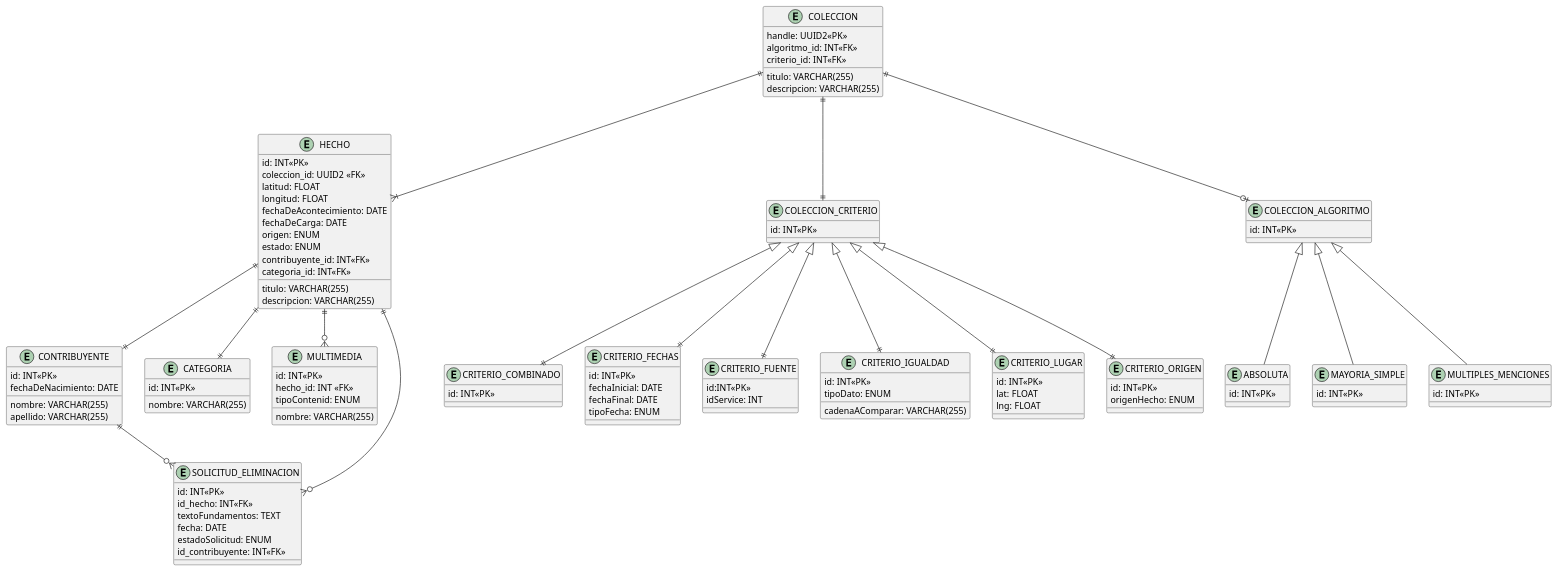
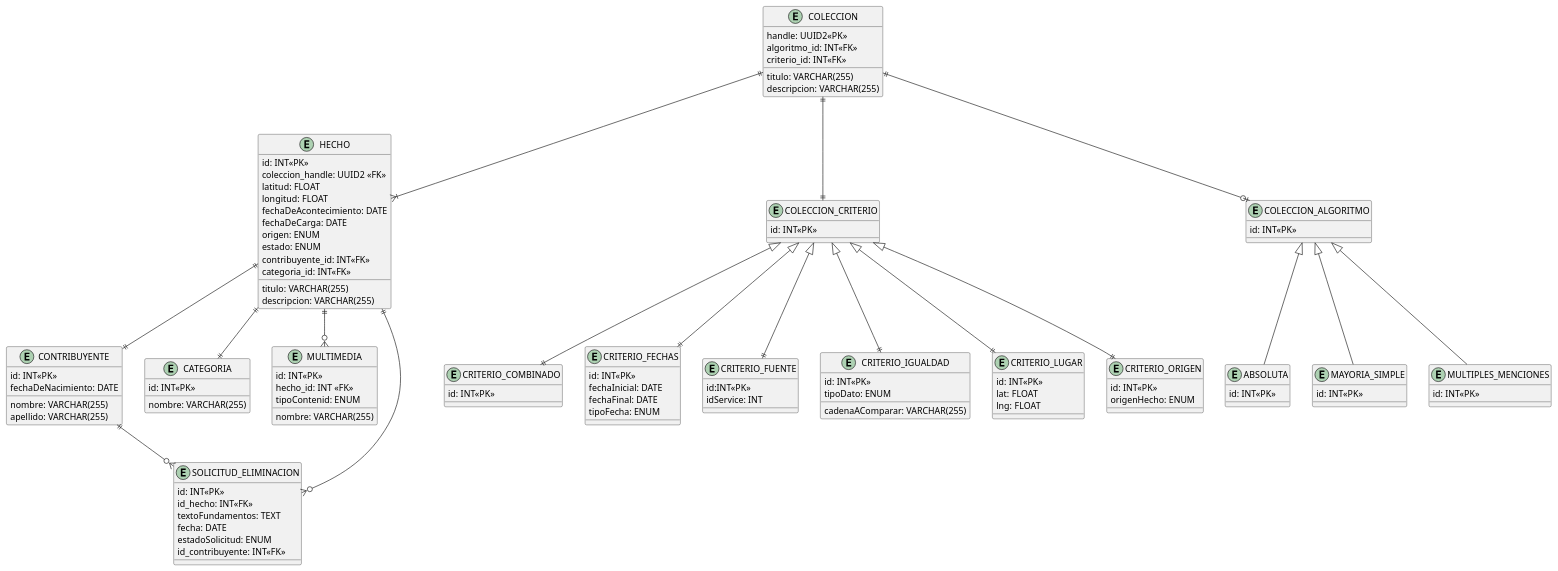
Before and after one commit to NicolasPazz/metamapa: the diagram in entregables/entrega-4/DER/der.puml, drawn with PlantUML. The commit also changed 116 other files, not shown here.

```diff
--- a/entregables/entrega-4/DER/der.puml
+++ b/entregables/entrega-4/DER/der.puml
@@ -1,127 +1,127 @@
 @startuml
 entity "HECHO" as h {
 id: INT<<PK>>
-coleccion_id: UUID2 <<FK>>
+coleccion_handle: UUID2 <<FK>>
 titulo: VARCHAR(255)
 descripcion: VARCHAR(255)
 latitud: FLOAT
 longitud: FLOAT
 fechaDeAcontecimiento: DATE
 fechaDeCarga: DATE
 origen: ENUM
 estado: ENUM
 contribuyente_id: INT<<FK>>
 categoria_id: INT<<FK>>
 
 }
 
 entity "CONTRIBUYENTE" as cont {
 id: INT<<PK>>
 nombre: VARCHAR(255)
 apellido: VARCHAR(255)
 fechaDeNacimiento: DATE
 }
 
 entity "CATEGORIA" as cat {
 id: INT<<PK>>
 nombre: VARCHAR(255)
 }
 
 entity "MULTIMEDIA" as multi {
 id: INT<<PK>>
 hecho_id: INT <<FK>>
 nombre: VARCHAR(255)
 tipoContenid: ENUM
 }
 
 entity "COLECCION" as col {
 handle: UUID2<<PK>>
 titulo: VARCHAR(255)
 descripcion: VARCHAR(255)
 algoritmo_id: INT<<FK>>
 criterio_id: INT<<FK>>
 }
 
 entity "COLECCION_CRITERIO" as crit {
 id: INT<<PK>>
 }
 
 entity "CRITERIO_COMBINADO" as comn {
 id: INT<<PK>>
 }
 
 entity "CRITERIO_FECHAS" as fech {
 id: INT<<PK>>
 fechaInicial: DATE
 fechaFinal: DATE
 tipoFecha: ENUM
 }
 
 
 entity "CRITERIO_FUENTE" as fuent {
 id:INT<<PK>>
 idService: INT
 }
 
 entity "CRITERIO_IGUALDAD" as igual {
 id: INT<<PK>>
 cadenaAComparar: VARCHAR(255)
 tipoDato: ENUM
 }
 
 entity "CRITERIO_LUGAR" as lug {
 id: INT<<PK>>
 lat: FLOAT
 lng: FLOAT
 }
 
 entity "CRITERIO_ORIGEN" as orig {
 id: INT<<PK>>
 origenHecho: ENUM
 }
 
 entity "COLECCION_ALGORITMO" as alg {
 id: INT<<PK>>
 }
 
 entity "ABSOLUTA" as abs {
 id: INT<<PK>>
 }
 
 entity "MAYORIA_SIMPLE" as ms {
 id: INT<<PK>>
 }
 
 entity "MULTIPLES_MENCIONES" as mm {
 id: INT<<PK>>
 }
 
 entity "SOLICITUD_ELIMINACION" as se {
 id: INT<<PK>>
 id_hecho: INT<<FK>>
 textoFundamentos: TEXT
 fecha: DATE
 estadoSolicitud: ENUM
 id_contribuyente: INT<<FK>>
 }
 
 
 col ||--|{ h
 col ||--o| alg
 col ||--|| crit
 h ||--o{ multi
 h ||--|| cat
 h ||--|| cont
 alg <|--abs
 alg <|--ms
 alg <|-- mm
 cont ||--o{ se
 h ||--o{ se
 crit <|--|| comn
 crit <|--|| fech
 crit <|--|| fuent
 crit <|--|| igual
 crit <|--|| lug
 crit <|--|| orig
 
 @enduml
```
